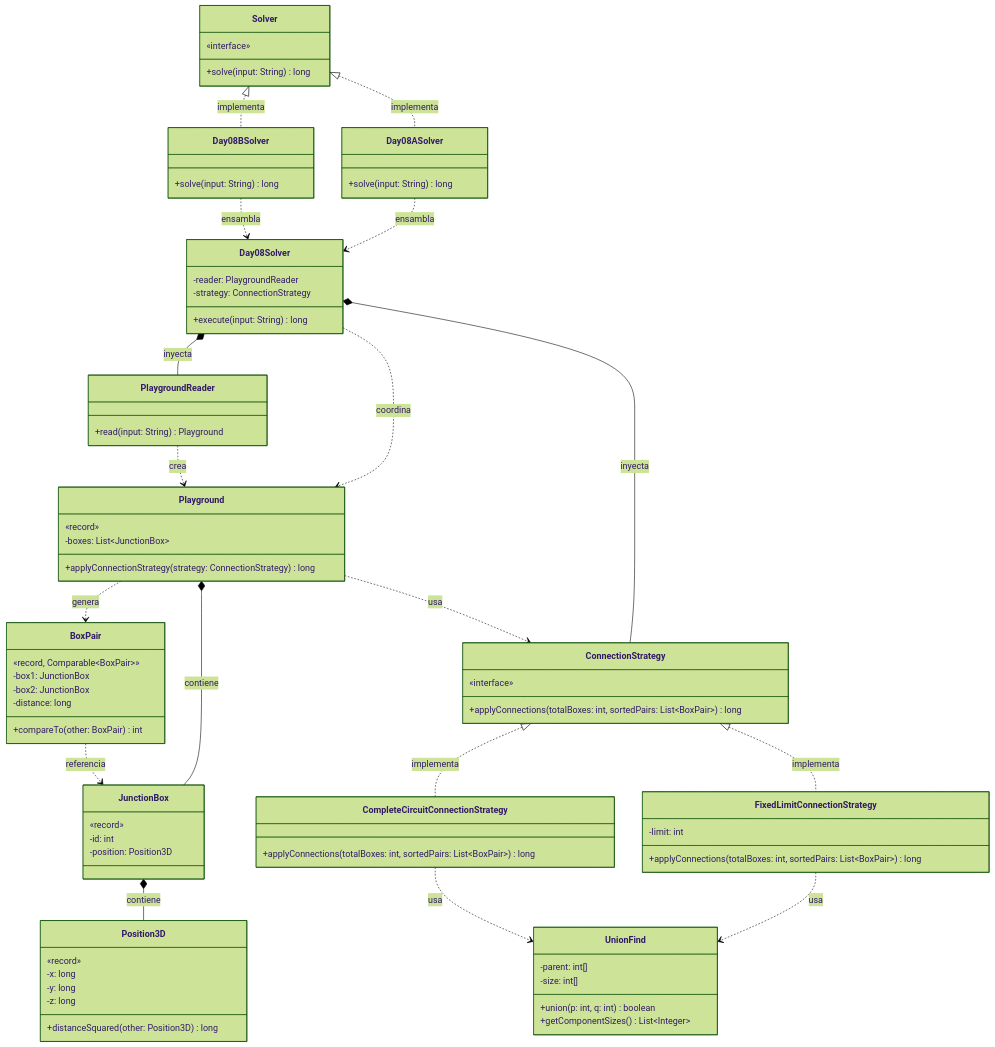
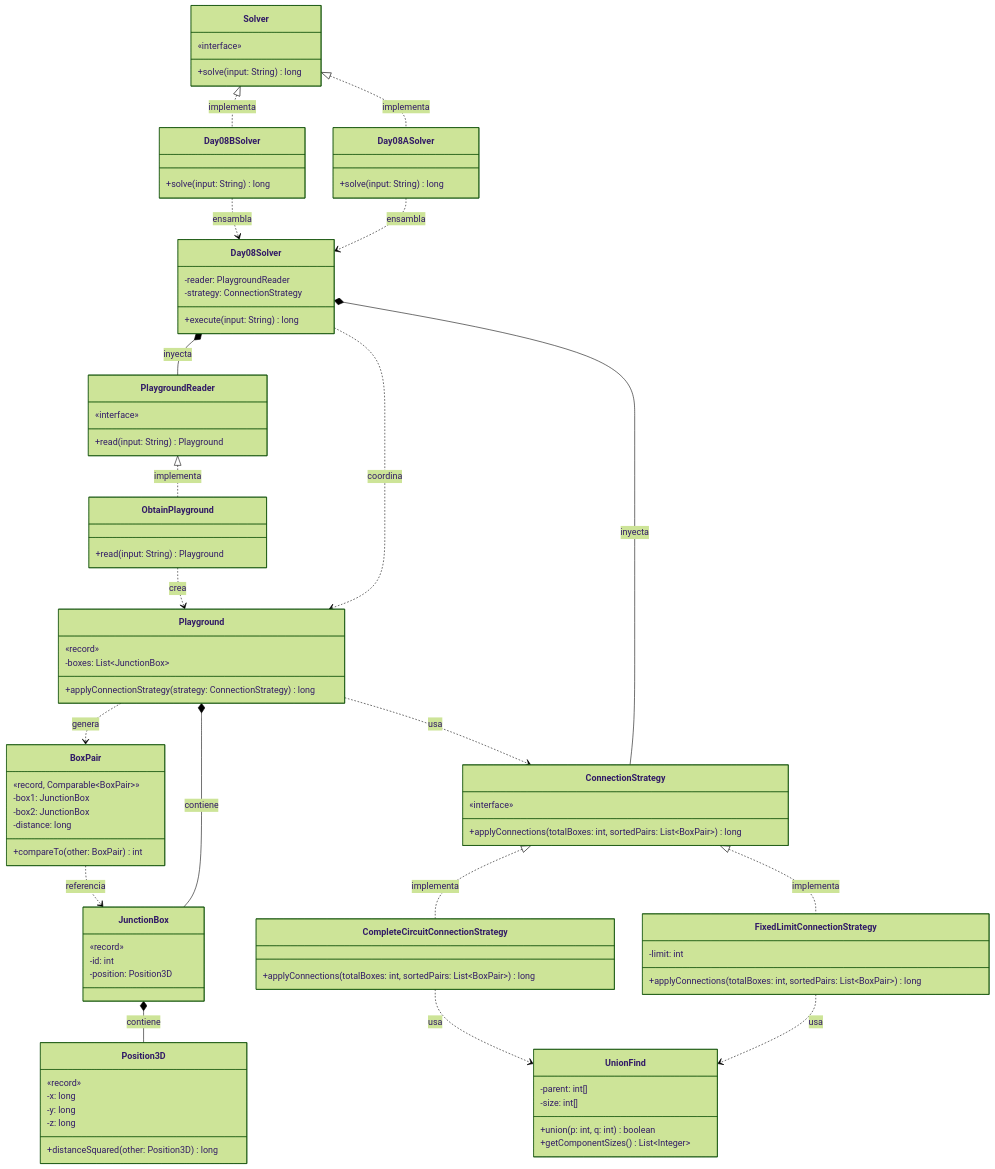
Before and after one commit to ivanperezdiaz829/AoC2025: the diagram in src/main/java/software/aoc/day08/README.md, drawn with Mermaid (forest theme).

Commit message:
Update README.md with new class relationships

```diff
--- a/src/main/java/software/aoc/day08/README.md
+++ b/src/main/java/software/aoc/day08/README.md
@@ -58,6 +58,11 @@
   }
 
   class PlaygroundReader {
+    «interface»
+    +read(input: String) Playground
+  }
+
+  class ObtainPlayground {
     +read(input: String) Playground
   }
 
@@ -113,6 +118,7 @@
 %% Relaciones de Implementación
   Solver <|.. Day08ASolver : implementa
   Solver <|.. Day08BSolver : implementa
+  PlaygroundReader <|.. ObtainPlayground : implementa
   ConnectionStrategy <|.. FixedLimitConnectionStrategy : implementa
   ConnectionStrategy <|.. CompleteCircuitConnectionStrategy : implementa
 
@@ -124,7 +130,7 @@
 
 %% Relaciones de Dominio
   Day08Solver ..> Playground : coordina
-  PlaygroundReader ..> Playground : crea
+  ObtainPlayground ..> Playground : crea
   Playground *-- JunctionBox : contiene
   Playground ..> BoxPair : genera
   Playground ..> ConnectionStrategy : usa
```
